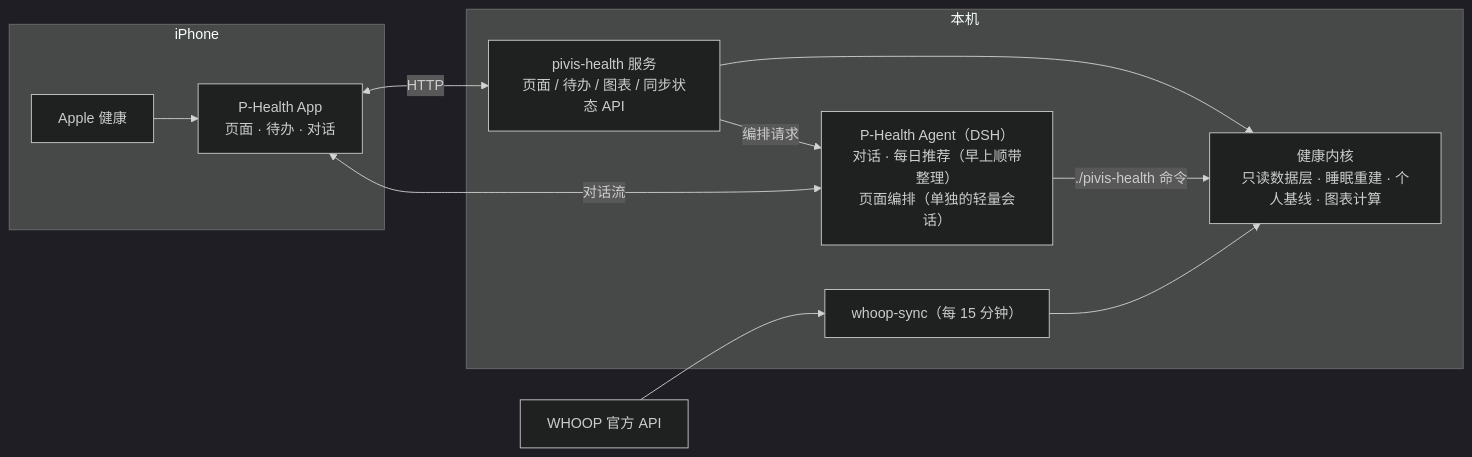
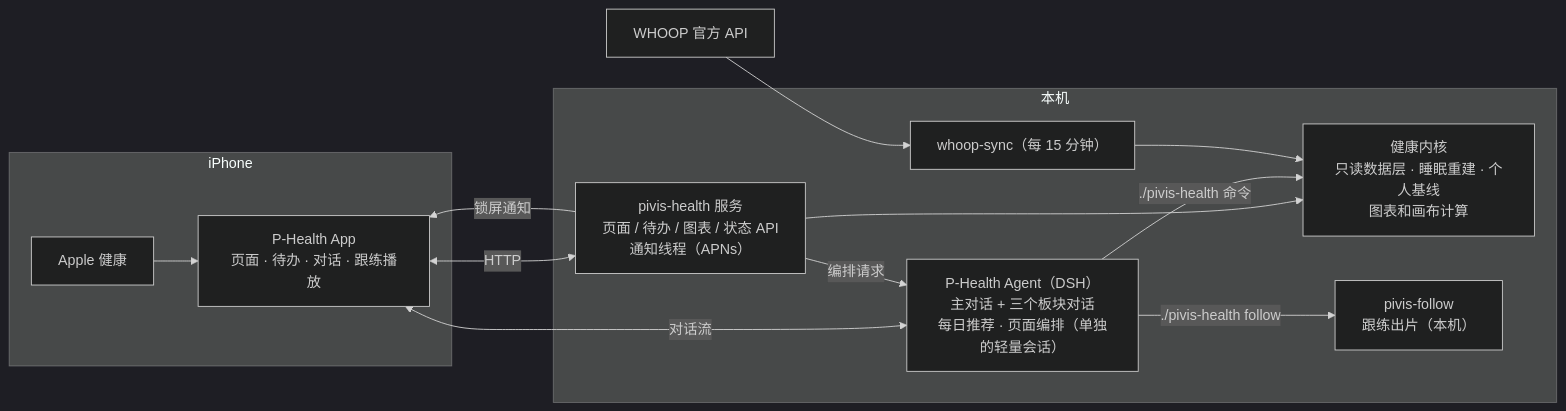
Before and after one commit to PivisYYY/pivis-health: the diagram in README.md, drawn with Mermaid (dark theme). The commit also changed other lines of this file and 4 other files, not shown here.

````diff
--- a/README.md
+++ b/README.md
@@ -111,21 +177,24 @@
 ```mermaid
 flowchart LR
   subgraph iPhone
-    App["P-Health App<br/>页面 · 待办 · 对话"]
+    App["P-Health App<br/>页面 · 待办 · 对话 · 跟练播放"]
     HK["Apple 健康"]
   end
   subgraph Mac["本机"]
-    Server["pivis-health 服务<br/>页面 / 待办 / 图表 / 同步状态 API"]
-    Kernel["健康内核<br/>只读数据层 · 睡眠重建 · 个人基线 · 图表计算"]
+    Server["pivis-health 服务<br/>页面 / 待办 / 图表 / 状态 API<br/>通知线程（APNs）"]
+    Kernel["健康内核<br/>只读数据层 · 睡眠重建 · 个人基线<br/>图表和画布计算"]
     Sync["whoop-sync（每 15 分钟）"]
-    Agent["P-Health Agent（DSH）<br/>对话 · 每日推荐（早上顺带整理）<br/>页面编排（单独的轻量会话）"]
+    Agent["P-Health Agent（DSH）<br/>主对话 + 三个板块对话<br/>每日推荐 · 页面编排（单独的轻量会话）"]
+    Follow["pivis-follow<br/>跟练出片（本机）"]
   end
   WHOOP["WHOOP 官方 API"]
   HK --> App
   App <-->|HTTP| Server
   App <-->|对话流| Agent
   Server --> Kernel
   Agent -->|./pivis-health 命令| Kernel
+  Agent -->|./pivis-health follow| Follow
   Server -->|编排请求| Agent
   WHOOP --> Sync --> Kernel
+  Server -->|锁屏通知| App
 ```
````
